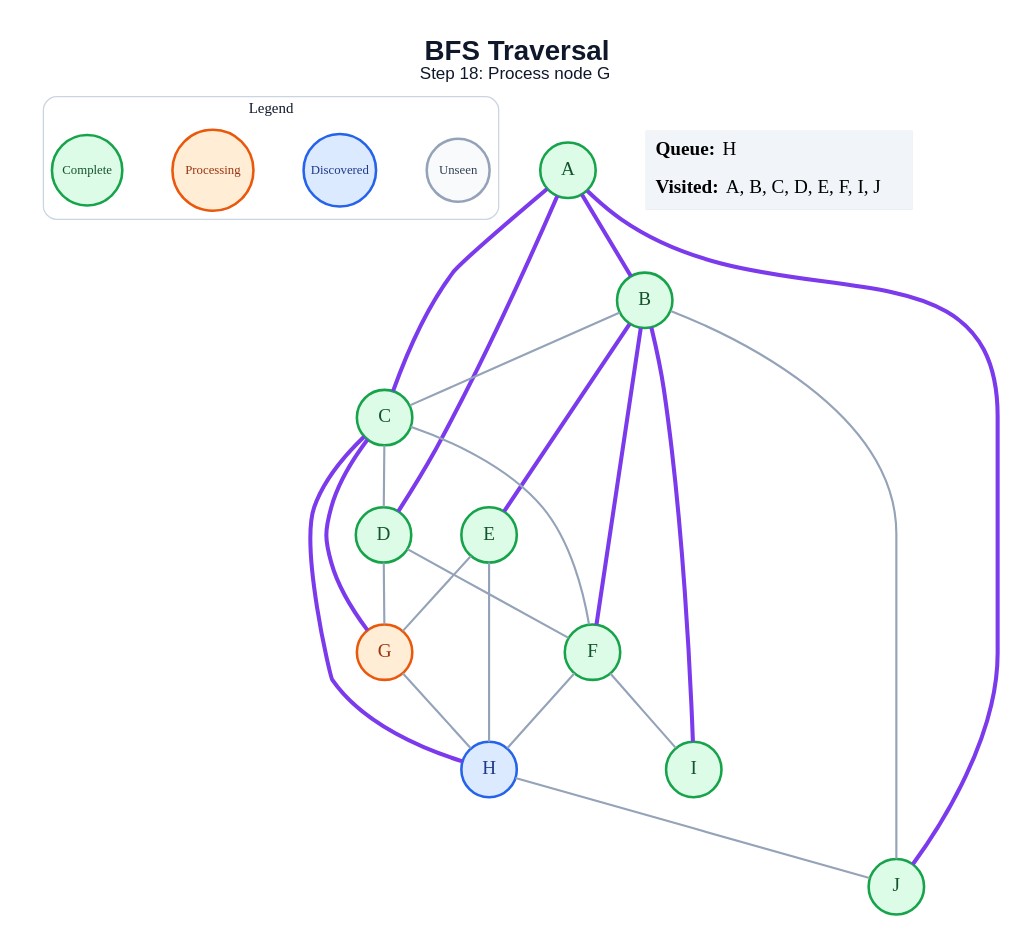
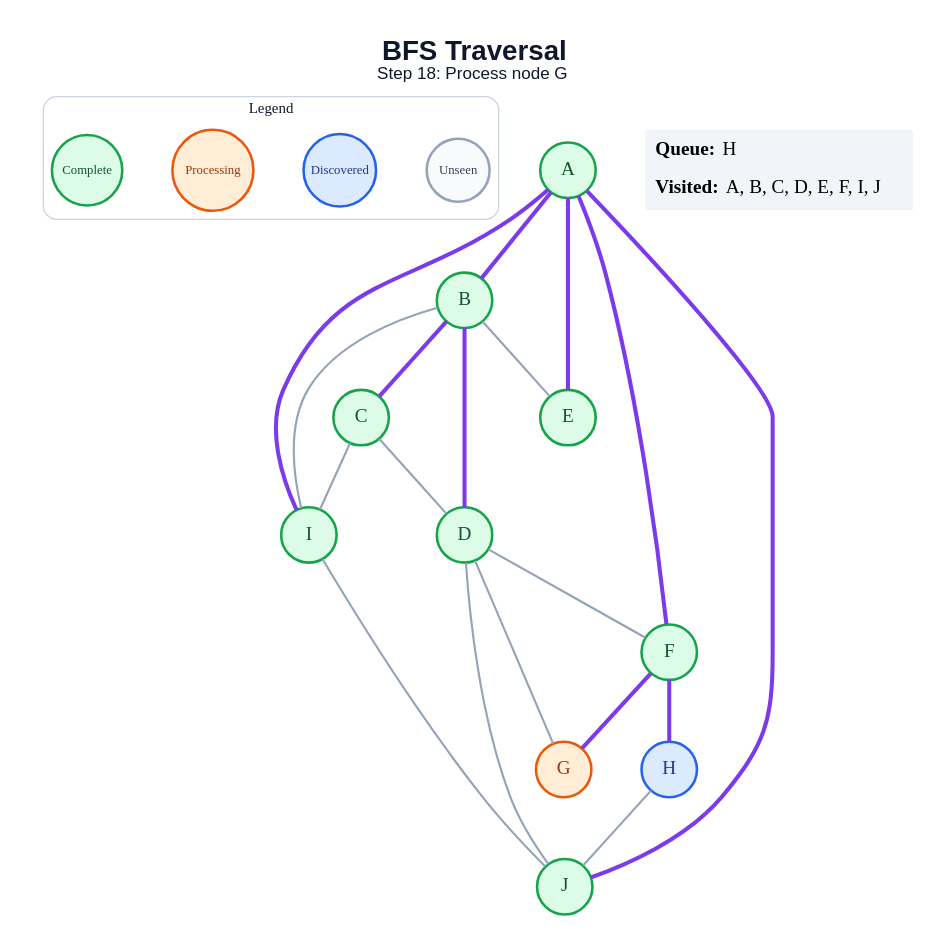
Before and after one commit to anon7238593-create/ai-slop: the diagram in generated/bfs/step_18.dot, drawn with Graphviz. The commit also changed 178 other files, not shown here.

```diff
--- a/generated/bfs/step_18.dot
+++ b/generated/bfs/step_18.dot
@@ -1,50 +1,47 @@
 graph traversal {
   graph [layout=dot, rankdir=TB, bgcolor="#FFFFFF", pad="0.35", nodesep="0.65", ranksep="0.8", fontname="Arial"];
   node [shape=circle, style="filled", fontname="Arial Bold", fontsize=18, width=0.72, fixedsize=true, penwidth=2.4];
   edge [color="#94A3B8", penwidth=2.0];
   label=<<B>BFS Traversal</B><BR/><FONT POINT-SIZE="16">Step 18: Process node G</FONT>>; labelloc="t"; fontsize=26; fontname="Arial"; fontcolor="#0F172A";
   subgraph cluster_legend { label="Legend"; color="#CBD5E1"; penwidth=1.2; style="rounded"; fontsize=14; fontname="Arial Bold";
     key_unseen [label="Unseen", fillcolor="#F8FAFC", color="#94A3B8", fontcolor="#334155", fontsize=12, width=0.82];
     key_frontier [label="Discovered", fillcolor="#DBEAFE", color="#2563EB", fontcolor="#1E3A8A", fontsize=12, width=0.95];
     key_current [label="Processing", fillcolor="#FFEDD5", color="#EA580C", fontcolor="#9A3412", fontsize=12, width=1.05];
     key_done [label="Complete", fillcolor="#DCFCE7", color="#16A34A", fontcolor="#14532D", fontsize=12, width=0.92];
     { rank=same; key_unseen; key_frontier; key_current; key_done; }
   }
   A [fillcolor="#DCFCE7", color="#16A34A", fontcolor="#14532D"];
   B [fillcolor="#DCFCE7", color="#16A34A", fontcolor="#14532D"];
   C [fillcolor="#DCFCE7", color="#16A34A", fontcolor="#14532D"];
   D [fillcolor="#DCFCE7", color="#16A34A", fontcolor="#14532D"];
   E [fillcolor="#DCFCE7", color="#16A34A", fontcolor="#14532D"];
   F [fillcolor="#DCFCE7", color="#16A34A", fontcolor="#14532D"];
   G [fillcolor="#FFEDD5", color="#EA580C", fontcolor="#9A3412"];
   H [fillcolor="#DBEAFE", color="#2563EB", fontcolor="#1E3A8A"];
   I [fillcolor="#DCFCE7", color="#16A34A", fontcolor="#14532D"];
   J [fillcolor="#DCFCE7", color="#16A34A", fontcolor="#14532D"];
   A -- B [color="#7C3AED", penwidth=3.8];
-  A -- C [color="#7C3AED", penwidth=3.8];
-  A -- D [color="#7C3AED", penwidth=3.8];
+  A -- E [color="#7C3AED", penwidth=3.8];
+  A -- F [color="#7C3AED", penwidth=3.8];
+  A -- I [color="#7C3AED", penwidth=3.8];
   A -- J [color="#7C3AED", penwidth=3.8];
-  B -- C;
-  B -- E [color="#7C3AED", penwidth=3.8];
-  B -- F [color="#7C3AED", penwidth=3.8];
-  B -- I [color="#7C3AED", penwidth=3.8];
-  B -- J;
+  B -- C [color="#7C3AED", penwidth=3.8];
+  B -- D [color="#7C3AED", penwidth=3.8];
+  B -- E;
+  B -- I;
   C -- D;
-  C -- F;
-  C -- G [color="#7C3AED", penwidth=3.8];
-  C -- H [color="#7C3AED", penwidth=3.8];
+  C -- I;
   D -- F;
   D -- G;
-  E -- G;
-  E -- H;
-  F -- H;
-  F -- I;
-  G -- H;
+  D -- J;
+  F -- G [color="#7C3AED", penwidth=3.8];
+  F -- H [color="#7C3AED", penwidth=3.8];
   H -- J;
+  I -- J;
   status [shape=plain, fixedsize=false, width=0, height=0, margin=0, label=<
     <TABLE BORDER="0" CELLBORDER="0" CELLPADDING="7" BGCOLOR="#F1F5F9">
       <TR><TD ALIGN="LEFT"><B>Queue:</B> H</TD></TR>
       <TR><TD ALIGN="LEFT"><B>Visited:</B> A, B, C, D, E, F, I, J</TD></TR>
     </TABLE>
   >];
 }
```
